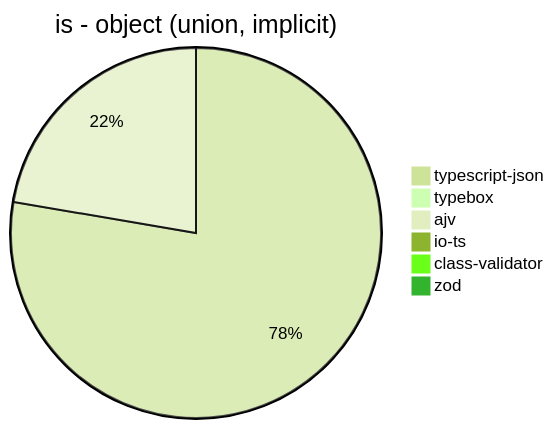
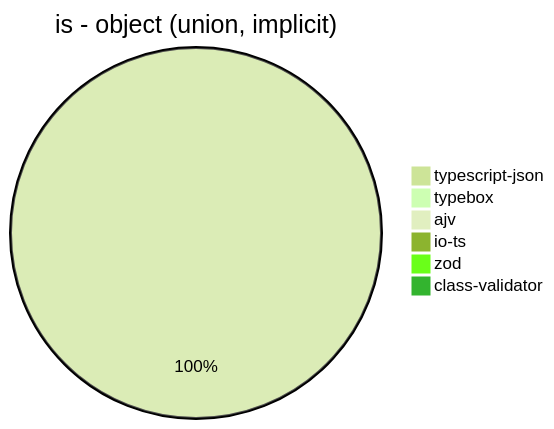
One commit to samchon/typia changed the fourth of 39 diagrams in benchmark/results/11th Gen Intel(R) Core(TM) i5-1135G7 @ 2.40GHz.md. Above: the diagram before and after it, drawn with Mermaid (forest theme). The commit also changed other lines of this file and 177 other files, not shown here.

````diff
--- a/benchmark/results/11th Gen Intel(R) Core(TM) i5-1135G7 @ 2.40GHz.md
+++ b/benchmark/results/11th Gen Intel(R) Core(TM) i5-1135G7 @ 2.40GHz.md
@@ -54,9 +54,9 @@
 ```mermaid
 pie title is - object (union, implicit)
-  "typescript-json": 14312.672429648703
+  "typescript-json": 14108.723135271808
   "typebox": 0
-  "ajv": 4110.985915492957
+  "ajv": 0
   "io-ts": 0
-  "class-validator": 16.3265306122449
-  "zod": 18.640557333835435
+  "zod": 0
+  "class-validator": 0
 ```
````
